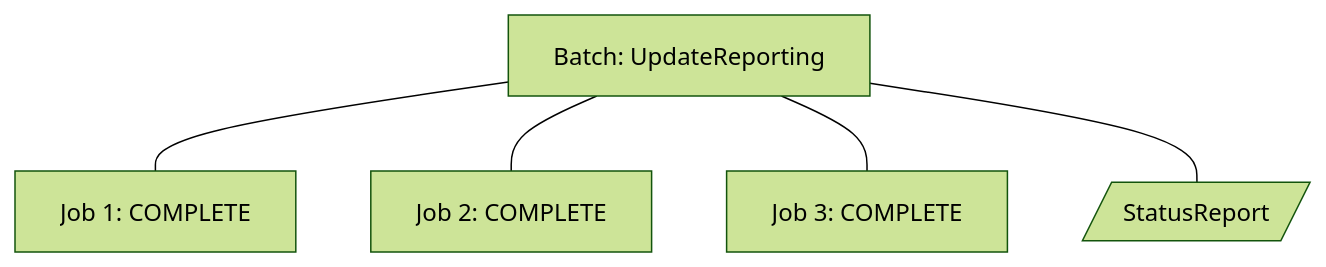
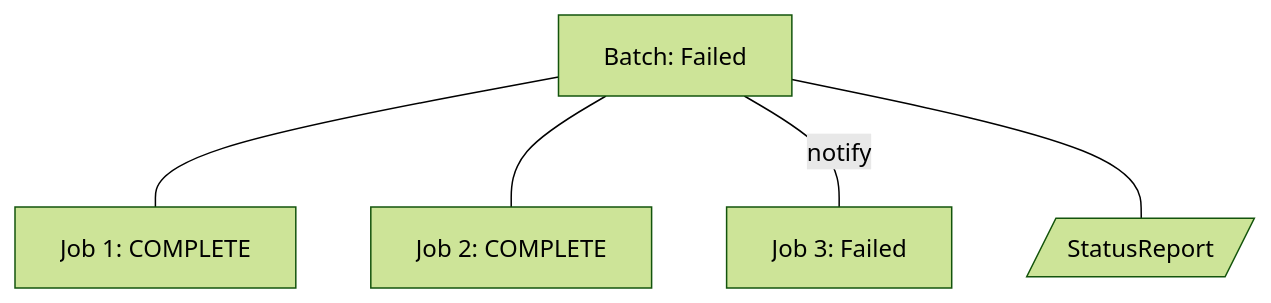
Before and after one commit to CDLUC3/mrt-zk: diagram 44 of 48 in design/use-cases.md, drawn with Mermaid (forest theme). The commit also changed other lines of this file, not shown here.

Commit message:
mermaid diagrams

````diff
--- a/design/use-cases.md
+++ b/design/use-cases.md
@@ -389,12 +578,13 @@
 ```mermaid
 graph TD
-  Batch[Batch: UpdateReporting]
+  accTitle: 'Batch(Failed) has 3 Jobs (Complete, Complete, Failed)'
+  Batch[Batch: Failed]
   Job1[Job 1: COMPLETE]
   Job2[Job 2: COMPLETE]
-  Job3[Job 3: COMPLETE]
+  Job3[Job 3: Failed]
   Batch --- Job1
   Batch --- Job2
-  Batch --- Job3
+  Batch --- |notify| Job3
   StatusReport[/StatusReport/]
   Batch --- StatusReport
 ```
````
